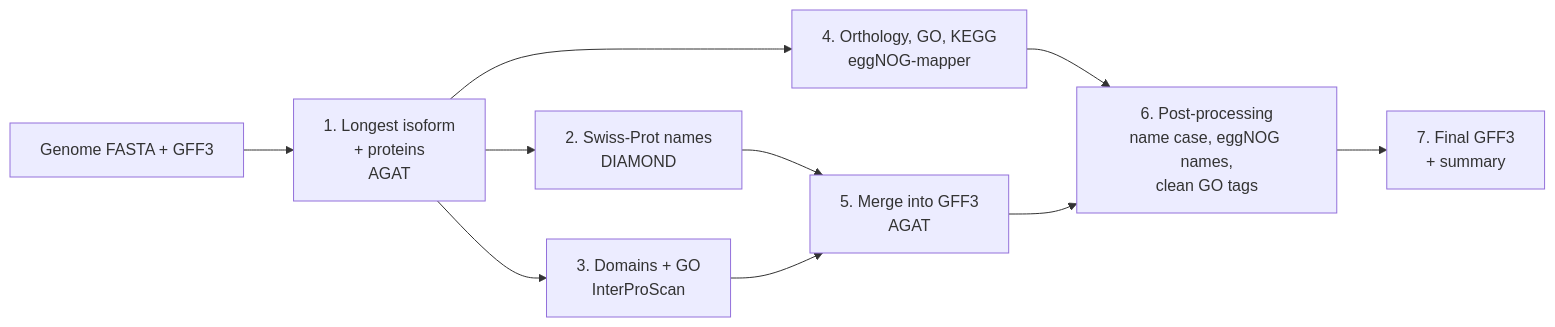
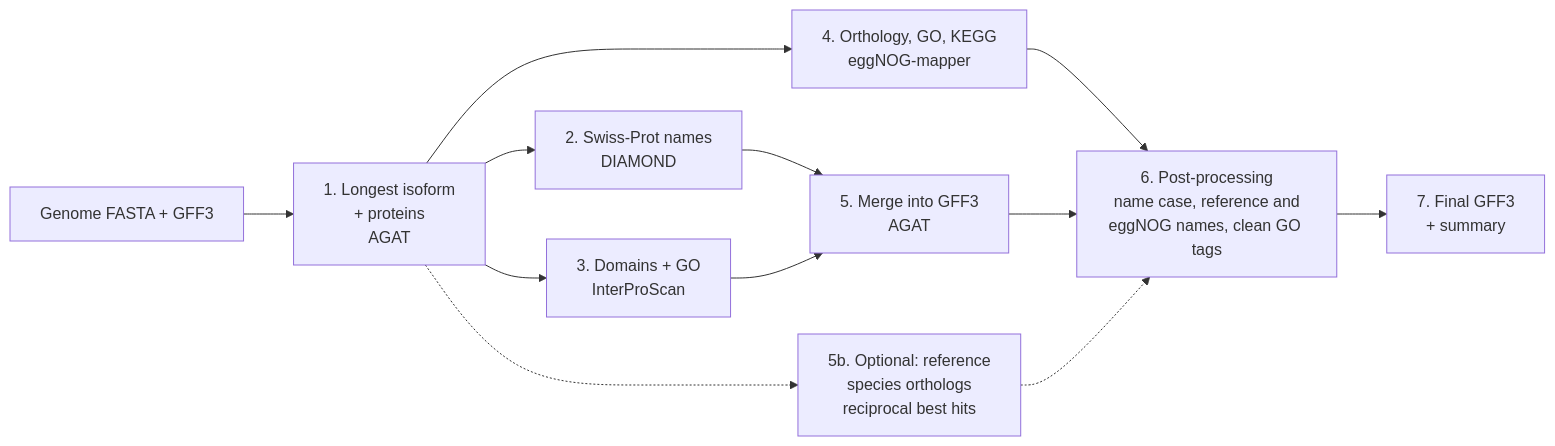
One commit to rsbiello/functional-annotation changed the diagram in README.md. Above: the diagram before and after it, drawn with Mermaid. The commit also changed other lines of this file and 7 other files, not shown here.

Commit message:
Move reference-species update to the repository root

````diff
--- a/README.md
+++ b/README.md
@@ -15,12 +16,14 @@
 ```mermaid
 flowchart LR
     A[Genome FASTA + GFF3] --> B[1. Longest isoform<br/>+ proteins<br/>AGAT]
     B --> C[2. Swiss-Prot names<br/>DIAMOND]
     B --> D[3. Domains + GO<br/>InterProScan]
     B --> E[4. Orthology, GO, KEGG<br/>eggNOG-mapper]
     C --> F[5. Merge into GFF3<br/>AGAT]
     D --> F
-    E --> G[6. Post-processing<br/>name case, eggNOG names,<br/>clean GO tags]
+    B -.-> R[5b. Optional: reference<br/>species orthologs<br/>reciprocal best hits]
+    E --> G[6. Post-processing<br/>name case, reference and<br/>eggNOG names, clean GO tags]
     F --> G
+    R -.-> G
     G --> H[7. Final GFF3<br/>+ summary]
 ```
````
